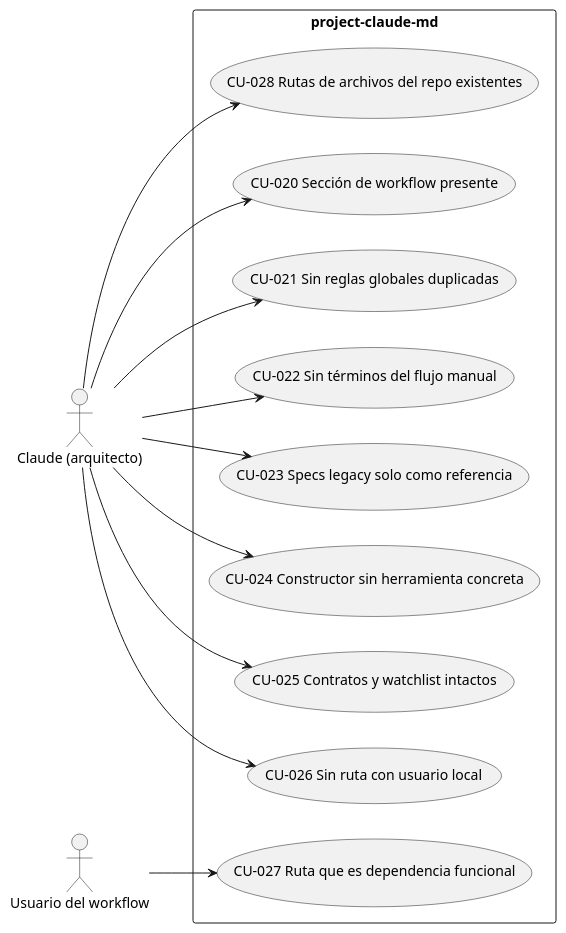
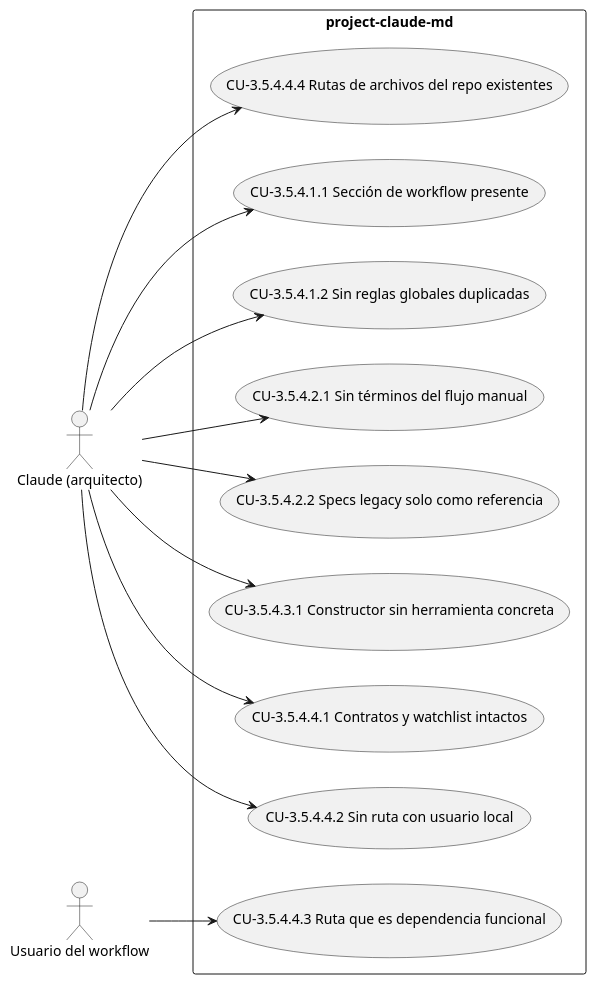
One commit to Lautaro-Montecchiani/sdd-global-config changed the fourth of 10 diagrams in docs/srs.md. Above: the diagram before and after it, drawn with PlantUML. The commit also changed other lines of this file and 1 other file, not shown here.

First line of the commit message:
docs: regenerar SRS con spec-purpose

````diff
--- a/docs/srs.md
+++ b/docs/srs.md
@@ -382,27 +384,27 @@
 ```plantuml
 @startuml
 left to right direction
 actor "Claude (arquitecto)" as A1
 actor "Usuario del workflow" as A2
 rectangle "project-claude-md" {
-  usecase "CU-020 Sección de workflow presente" as CU020
-  usecase "CU-021 Sin reglas globales duplicadas" as CU021
-  usecase "CU-022 Sin términos del flujo manual" as CU022
-  usecase "CU-023 Specs legacy solo como referencia" as CU023
-  usecase "CU-024 Constructor sin herramienta concreta" as CU024
-  usecase "CU-025 Contratos y watchlist intactos" as CU025
-  usecase "CU-026 Sin ruta con usuario local" as CU026
-  usecase "CU-027 Ruta que es dependencia funcional" as CU027
-  usecase "CU-028 Rutas de archivos del repo existentes" as CU028
+  usecase "CU-3.5.4.1.1 Sección de workflow presente" as UC_3_5_4_1_1
+  usecase "CU-3.5.4.1.2 Sin reglas globales duplicadas" as UC_3_5_4_1_2
+  usecase "CU-3.5.4.2.1 Sin términos del flujo manual" as UC_3_5_4_2_1
+  usecase "CU-3.5.4.2.2 Specs legacy solo como referencia" as UC_3_5_4_2_2
+  usecase "CU-3.5.4.3.1 Constructor sin herramienta concreta" as UC_3_5_4_3_1
+  usecase "CU-3.5.4.4.1 Contratos y watchlist intactos" as UC_3_5_4_4_1
+  usecase "CU-3.5.4.4.2 Sin ruta con usuario local" as UC_3_5_4_4_2
+  usecase "CU-3.5.4.4.3 Ruta que es dependencia funcional" as UC_3_5_4_4_3
+  usecase "CU-3.5.4.4.4 Rutas de archivos del repo existentes" as UC_3_5_4_4_4
 }
-A1 --> CU020
-A1 --> CU021
-A1 --> CU022
-A1 --> CU023
-A1 --> CU024
-A1 --> CU025
-A1 --> CU026
-A2 --> CU027
-A1 --> CU028
+A1 --> UC_3_5_4_1_1
+A1 --> UC_3_5_4_1_2
+A1 --> UC_3_5_4_2_1
+A1 --> UC_3_5_4_2_2
+A1 --> UC_3_5_4_3_1
+A1 --> UC_3_5_4_4_1
+A1 --> UC_3_5_4_4_2
+A2 --> UC_3_5_4_4_3
+A1 --> UC_3_5_4_4_4
 @enduml
 ```
````
